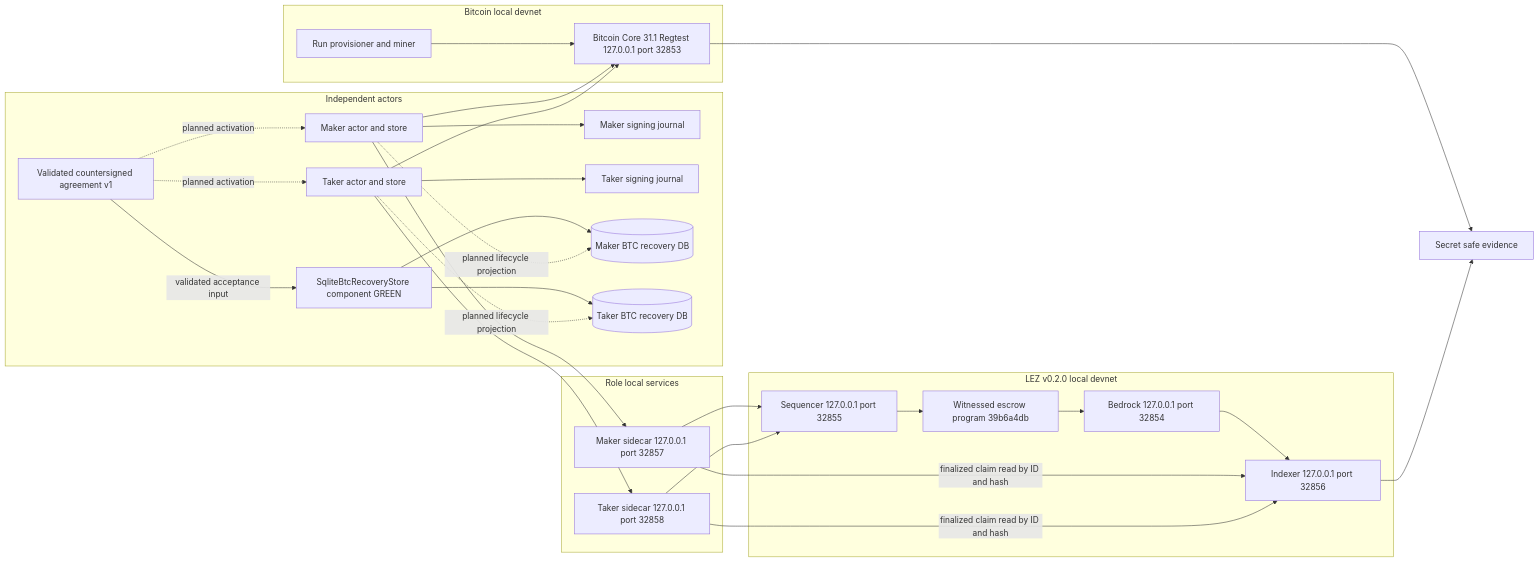
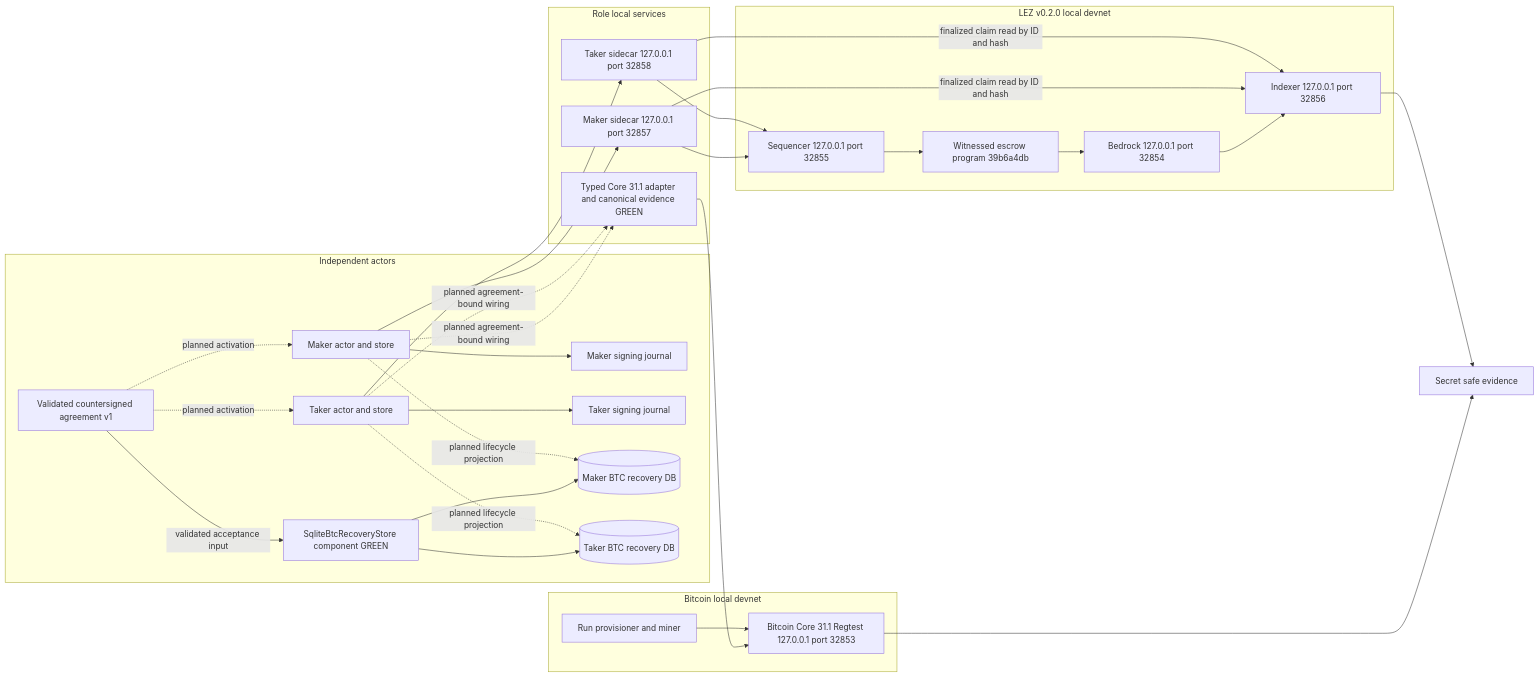
The first of 6 diagrams in docs/architecture/0029-m3-bitcoin-local-poc-entry.md (gateway-fm/lez-atomic-swaps), drawn with Mermaid before and after one commit. The commit also changed other lines of this file and 23 other files, not shown here.

Commit message:
feat: validate Bitcoin Core lifecycle evidence

````diff
--- a/docs/architecture/0029-m3-bitcoin-local-poc-entry.md
+++ b/docs/architecture/0029-m3-bitcoin-local-poc-entry.md
@@ -41,54 +41,56 @@
 ```mermaid
 flowchart LR
     subgraph Actors["Independent actors"]
         Agreement["Validated countersigned agreement v1"]
         Maker["Maker actor and store"]
         Taker["Taker actor and store"]
         MakerSigner["Maker signing journal"]
         TakerSigner["Taker signing journal"]
         Recovery["SqliteBtcRecoveryStore component GREEN"]
         MakerRecovery[("Maker BTC recovery DB")]
         TakerRecovery[("Taker BTC recovery DB")]
         Maker --> MakerSigner
         Taker --> TakerSigner
         Agreement -->|"validated acceptance input"| Recovery
         Recovery --> MakerRecovery
         Recovery --> TakerRecovery
         Maker -. planned lifecycle projection .-> MakerRecovery
         Taker -. planned lifecycle projection .-> TakerRecovery
         Agreement -. planned activation .-> Maker
         Agreement -. planned activation .-> Taker
     end
 
     subgraph RoleServices["Role local services"]
         MakerSidecar["Maker sidecar 127.0.0.1 port 32857"]
         TakerSidecar["Taker sidecar 127.0.0.1 port 32858"]
+        CoreAdapter["Typed Core 31.1 adapter and canonical evidence GREEN"]
     end
 
     subgraph Bitcoin["Bitcoin local devnet"]
         Core["Bitcoin Core 31.1 Regtest 127.0.0.1 port 32853"]
         Miner["Run provisioner and miner"]
     end
 
     subgraph Lez["LEZ v0.2.0 local devnet"]
         Sequencer["Sequencer 127.0.0.1 port 32855"]
         Indexer["Indexer 127.0.0.1 port 32856"]
         Bedrock["Bedrock 127.0.0.1 port 32854"]
         Guest["Witnessed escrow program 39b6a4db"]
         Sequencer --> Guest
         Guest --> Bedrock
         Bedrock --> Indexer
     end
 
     Maker --> MakerSidecar
     Taker --> TakerSidecar
     MakerSidecar --> Sequencer
     MakerSidecar -->|"finalized claim read by ID and hash"| Indexer
     TakerSidecar --> Sequencer
     TakerSidecar -->|"finalized claim read by ID and hash"| Indexer
-    Maker --> Core
-    Taker --> Core
+    Maker -. planned agreement-bound wiring .-> CoreAdapter
+    Taker -. planned agreement-bound wiring .-> CoreAdapter
+    CoreAdapter --> Core
     Miner --> Core
     Core --> Evidence["Secret safe evidence"]
     Indexer --> Evidence
 ```
````
